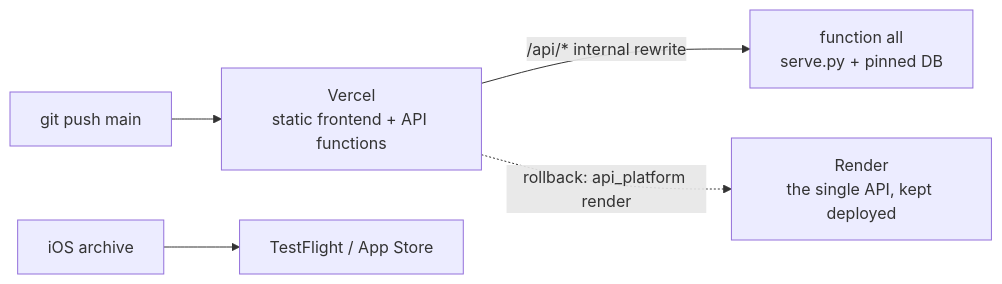
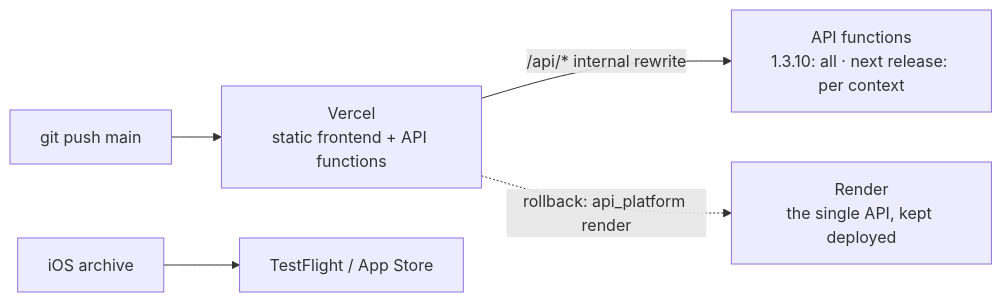
Before and after one commit to Algorythmos-AI/sggs-knowledge-base: the third of 3 diagrams in docs/architecture/overview.md, drawn with Mermaid. The commit also changed other lines of this file and 13 other files, not shown here.

First line of the commit message:
docs(wiki): name both routing states after #205 — per-context functions on integration, all in production until the next release

````diff
--- a/docs/architecture/overview.md
+++ b/docs/architecture/overview.md
@@ -72,10 +72,10 @@
 ```mermaid
 flowchart LR
     accTitle: Production deployment
-    accDescr: A push to main deploys one Vercel project holding the static frontend and the API as Python functions; /api is rewritten internally to the all function, which serves the pinned database; the Render single API stays deployed as the rollback target; the iOS archive ships through TestFlight to the App Store.
+    accDescr: A push to main deploys one Vercel project holding the static frontend and the API as Python functions; /api is rewritten internally to the API functions — today all of it to the all function, from the release after 1.3.10 each bounded context to its own function with all as the catch-all; the Render single API stays deployed as the rollback target; the iOS archive ships through TestFlight to the App Store.
     dev[git push main] --> vercel[Vercel<br/>static frontend + API functions]
-    vercel -->|/api/* internal rewrite| fn[function all<br/>serve.py + pinned DB]
+    vercel -->|/api/* internal rewrite| fn[API functions<br/>1.3.10: all · next release: per context]
     vercel -.->|rollback: api_platform render| render[Render<br/>the single API, kept deployed]
     ios2[iOS archive] --> tf[TestFlight / App Store]
     classDef n fill:#FDF6E3,color:#201A12,stroke:#A87900;
 ```
````
